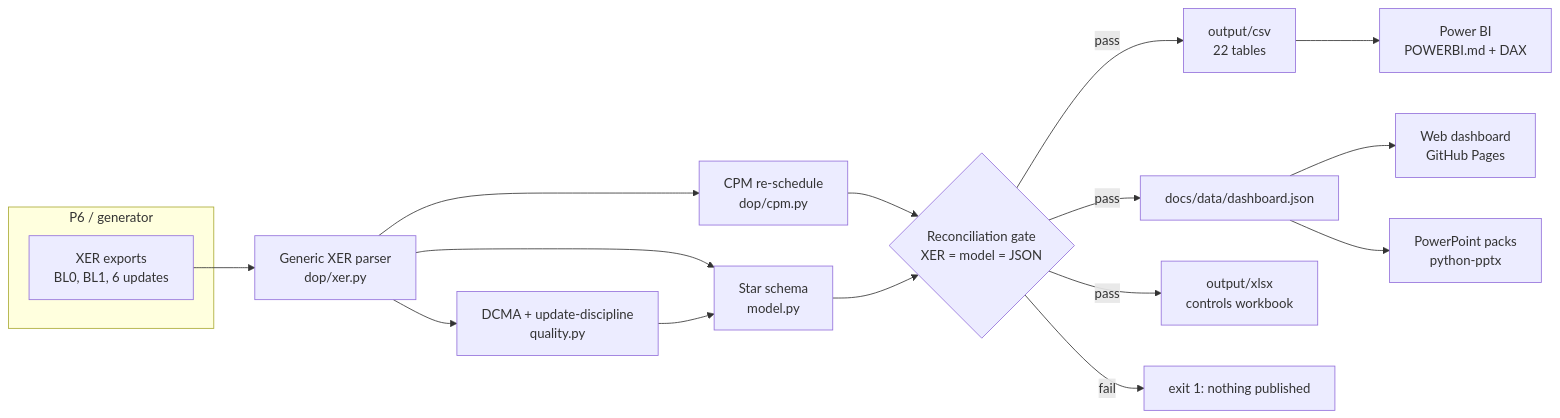
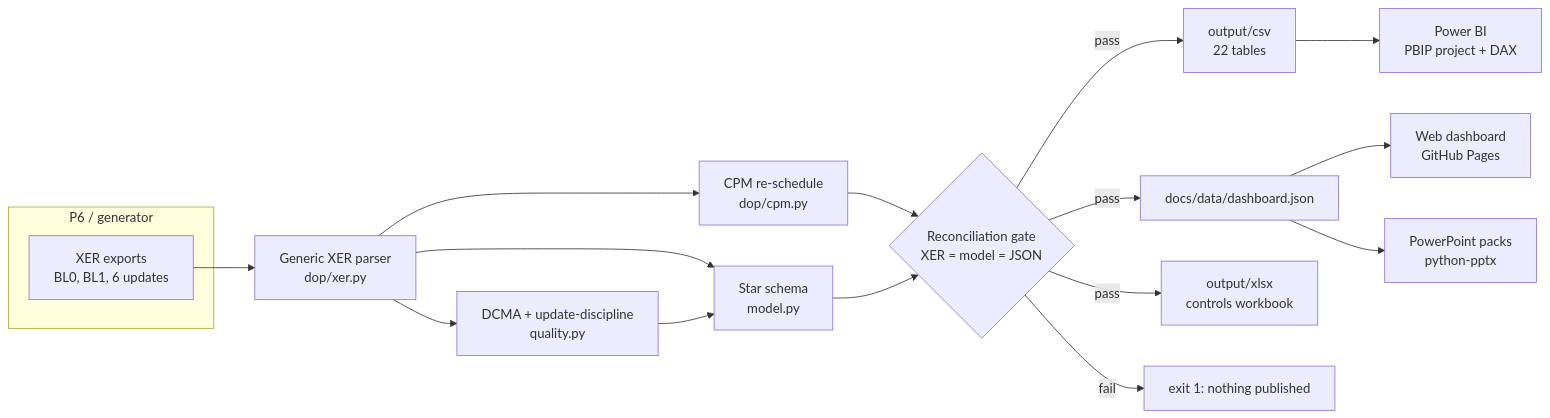
Before and after one commit to schedule-intelligence/destination-opening-programme: the diagram in README.md, drawn with Mermaid. The commit also changed other lines of this file and 125 other files, not shown here.

First line of the commit message:
feat(powerbi): PBIP project with semantic model and seven PBIR pages

````diff
--- a/README.md
+++ b/README.md
@@ -98,20 +98,20 @@
 ```mermaid
 flowchart LR
   subgraph P6["P6 / generator"]
     X["XER exports<br/>BL0, BL1, 6 updates"]
   end
   X --> P["Generic XER parser<br/>dop/xer.py"]
   P --> C["CPM re-schedule<br/>dop/cpm.py"]
   P --> Q["DCMA + update-discipline<br/>quality.py"]
   P --> M["Star schema<br/>model.py"]
   C --> R{"Reconciliation gate<br/>XER = model = JSON"}
   Q --> M
   M --> R
   R -->|pass| CSV["output/csv<br/>22 tables"]
   R -->|pass| J["docs/data/dashboard.json"]
   R -->|pass| XL["output/xlsx<br/>controls workbook"]
   J --> W["Web dashboard<br/>GitHub Pages"]
-  CSV --> BI["Power BI<br/>POWERBI.md + DAX"]
+  CSV --> BI["Power BI<br/>PBIP project + DAX"]
   J --> PP["PowerPoint packs<br/>python-pptx"]
   R -->|fail| STOP["exit 1: nothing published"]
 ```
````
